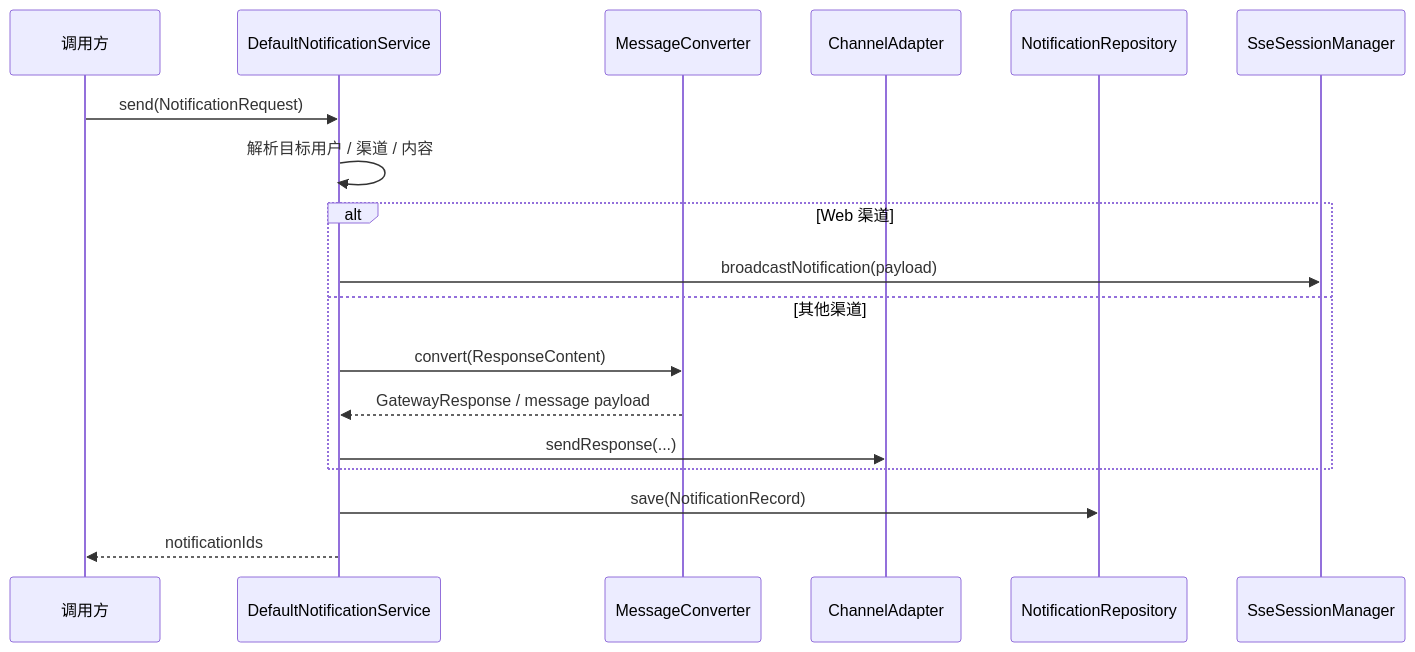
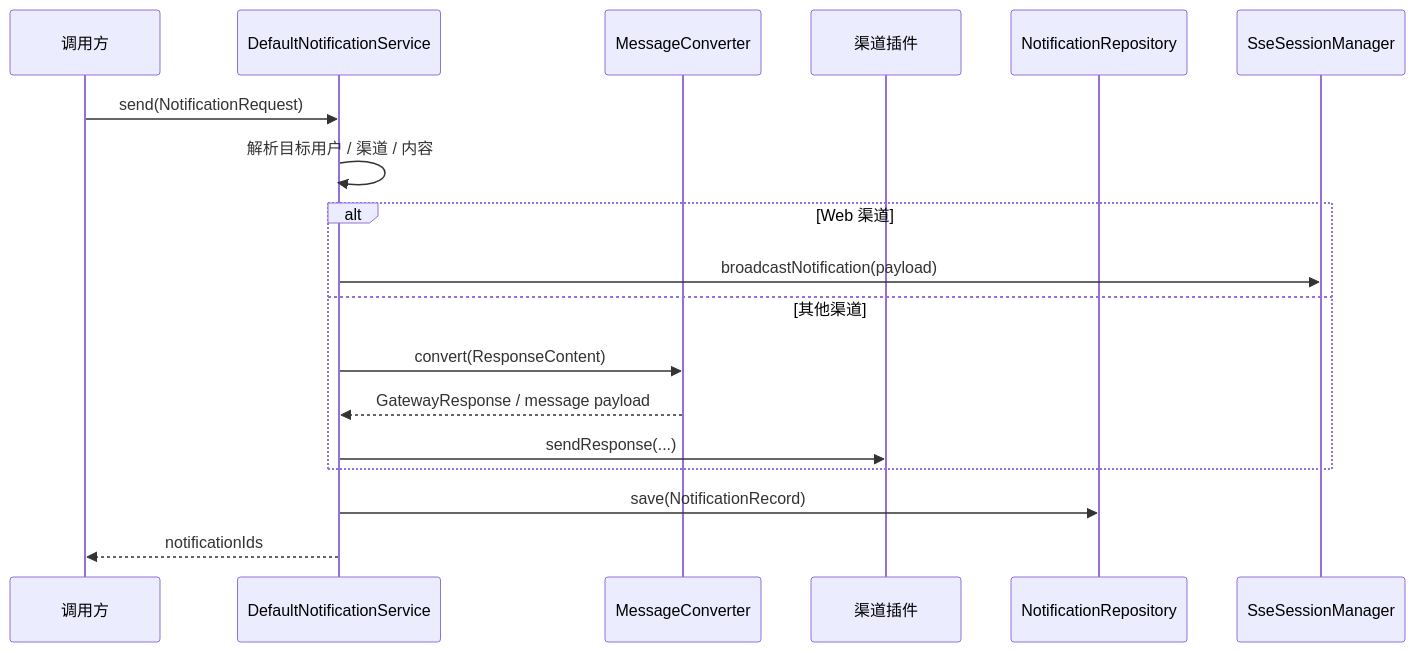
The second of 2 diagrams in docs/architecture/notification.md (ntygod/LifePilot), drawn with Mermaid before and after one commit. The commit also changed other lines of this file and 46 other files, not shown here.

````diff
--- a/docs/architecture/notification.md
+++ b/docs/architecture/notification.md
@@ -145,21 +142,21 @@
 ```mermaid
 sequenceDiagram
     participant Caller as 调用方
     participant Service as DefaultNotificationService
     participant Converter as MessageConverter
-    participant Adapter as ChannelAdapter
+    participant Adapter as 渠道插件
     participant Repo as NotificationRepository
     participant SSE as SseSessionManager
 
     Caller->>Service: send(NotificationRequest)
     Service->>Service: 解析目标用户 / 渠道 / 内容
     alt Web 渠道
         Service->>SSE: broadcastNotification(payload)
     else 其他渠道
         Service->>Converter: convert(ResponseContent)
         Converter-->>Service: GatewayResponse / message payload
         Service->>Adapter: sendResponse(...)
     end
     Service->>Repo: save(NotificationRecord)
     Service-->>Caller: notificationIds
 ```
````
